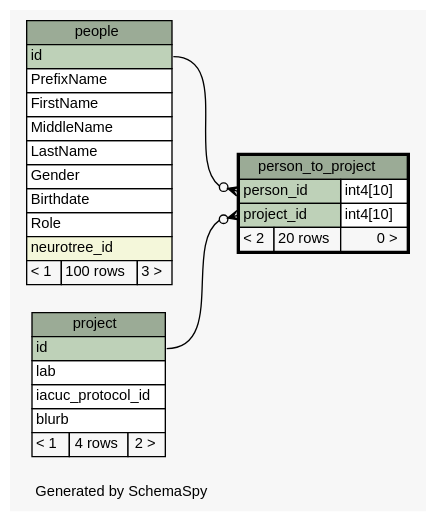
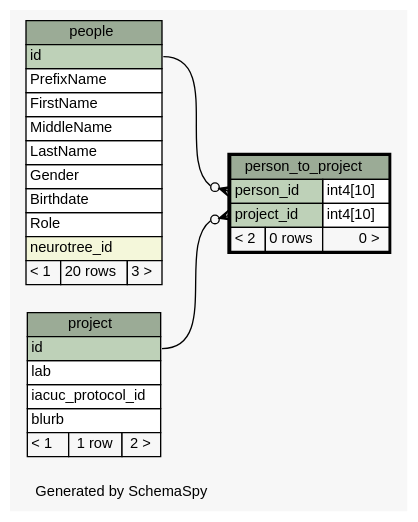
One commit to tgbugs/mlab changed the diagram in database/ss/diagrams/person_to_project.1degree.dot. Above: the diagram before and after it, drawn with Graphviz. The commit also changed 215 other files, not shown here.

```diff
--- a/database/ss/diagrams/person_to_project.1degree.dot
+++ b/database/ss/diagrams/person_to_project.1degree.dot
@@ -1,66 +1,66 @@
 // dot 2.32.0 on Windows 7 6.1
 // SchemaSpy rev 590
 digraph "oneDegreeRelationshipsDiagram" {
   graph [
     rankdir="RL"
     bgcolor="#f7f7f7"
     label="\nGenerated by SchemaSpy"
     labeljust="l"
     nodesep="0.18"
     ranksep="0.46"
     fontname="Helvetica"
     fontsize="11"
   ];
   node [
     fontname="Helvetica"
     fontsize="11"
     shape="plaintext"
   ];
   edge [
     arrowsize="0.8"
   ];
   "person_to_project":"person_id":w -> "people":"id":e [arrowhead=none dir=back arrowtail=crowodot];
   "person_to_project":"project_id":w -> "project":"id":e [arrowhead=none dir=back arrowtail=crowodot];
   "people" [
     label=<
     <TABLE BORDER="0" CELLBORDER="1" CELLSPACING="0" BGCOLOR="#ffffff">
       <TR><TD COLSPAN="3" BGCOLOR="#9bab96" ALIGN="CENTER">people</TD></TR>
       <TR><TD PORT="id" COLSPAN="3" BGCOLOR="#bed1b8" ALIGN="LEFT">id</TD></TR>
       <TR><TD PORT="PrefixName" COLSPAN="3" ALIGN="LEFT">PrefixName</TD></TR>
       <TR><TD PORT="FirstName" COLSPAN="3" ALIGN="LEFT">FirstName</TD></TR>
       <TR><TD PORT="MiddleName" COLSPAN="3" ALIGN="LEFT">MiddleName</TD></TR>
       <TR><TD PORT="LastName" COLSPAN="3" ALIGN="LEFT">LastName</TD></TR>
       <TR><TD PORT="Gender" COLSPAN="3" ALIGN="LEFT">Gender</TD></TR>
       <TR><TD PORT="Birthdate" COLSPAN="3" ALIGN="LEFT">Birthdate</TD></TR>
       <TR><TD PORT="Role" COLSPAN="3" ALIGN="LEFT">Role</TD></TR>
       <TR><TD PORT="neurotree_id" COLSPAN="3" BGCOLOR="#f4f7da" ALIGN="LEFT">neurotree_id</TD></TR>
-      <TR><TD ALIGN="LEFT" BGCOLOR="#f7f7f7">&lt; 1</TD><TD ALIGN="RIGHT" BGCOLOR="#f7f7f7">100 rows</TD><TD ALIGN="RIGHT" BGCOLOR="#f7f7f7">3 &gt;</TD></TR>
+      <TR><TD ALIGN="LEFT" BGCOLOR="#f7f7f7">&lt; 1</TD><TD ALIGN="RIGHT" BGCOLOR="#f7f7f7">20 rows</TD><TD ALIGN="RIGHT" BGCOLOR="#f7f7f7">3 &gt;</TD></TR>
     </TABLE>>
     URL="people.html"
     tooltip="people"
   ];
   "person_to_project" [
     label=<
     <TABLE BORDER="2" CELLBORDER="1" CELLSPACING="0" BGCOLOR="#ffffff">
       <TR><TD COLSPAN="3" BGCOLOR="#9bab96" ALIGN="CENTER">person_to_project</TD></TR>
       <TR><TD PORT="person_id" COLSPAN="2" BGCOLOR="#bed1b8" ALIGN="LEFT">person_id</TD><TD PORT="person_id.type" ALIGN="LEFT">int4[10]</TD></TR>
       <TR><TD PORT="project_id" COLSPAN="2" BGCOLOR="#bed1b8" ALIGN="LEFT">project_id</TD><TD PORT="project_id.type" ALIGN="LEFT">int4[10]</TD></TR>
-      <TR><TD ALIGN="LEFT" BGCOLOR="#f7f7f7">&lt; 2</TD><TD ALIGN="RIGHT" BGCOLOR="#f7f7f7">20 rows</TD><TD ALIGN="RIGHT" BGCOLOR="#f7f7f7">0 &gt;</TD></TR>
+      <TR><TD ALIGN="LEFT" BGCOLOR="#f7f7f7">&lt; 2</TD><TD ALIGN="RIGHT" BGCOLOR="#f7f7f7">0 rows</TD><TD ALIGN="RIGHT" BGCOLOR="#f7f7f7">0 &gt;</TD></TR>
     </TABLE>>
     URL="person_to_project.html"
     tooltip="person_to_project"
   ];
   "project" [
     label=<
     <TABLE BORDER="0" CELLBORDER="1" CELLSPACING="0" BGCOLOR="#ffffff">
       <TR><TD COLSPAN="3" BGCOLOR="#9bab96" ALIGN="CENTER">project</TD></TR>
       <TR><TD PORT="id" COLSPAN="3" BGCOLOR="#bed1b8" ALIGN="LEFT">id</TD></TR>
       <TR><TD PORT="lab" COLSPAN="3" ALIGN="LEFT">lab</TD></TR>
       <TR><TD PORT="iacuc_protocol_id" COLSPAN="3" ALIGN="LEFT">iacuc_protocol_id</TD></TR>
       <TR><TD PORT="blurb" COLSPAN="3" ALIGN="LEFT">blurb</TD></TR>
-      <TR><TD ALIGN="LEFT" BGCOLOR="#f7f7f7">&lt; 1</TD><TD ALIGN="RIGHT" BGCOLOR="#f7f7f7">4 rows</TD><TD ALIGN="RIGHT" BGCOLOR="#f7f7f7">2 &gt;</TD></TR>
+      <TR><TD ALIGN="LEFT" BGCOLOR="#f7f7f7">&lt; 1</TD><TD ALIGN="RIGHT" BGCOLOR="#f7f7f7">1 row</TD><TD ALIGN="RIGHT" BGCOLOR="#f7f7f7">2 &gt;</TD></TR>
     </TABLE>>
     URL="project.html"
     tooltip="project"
   ];
 }
```
